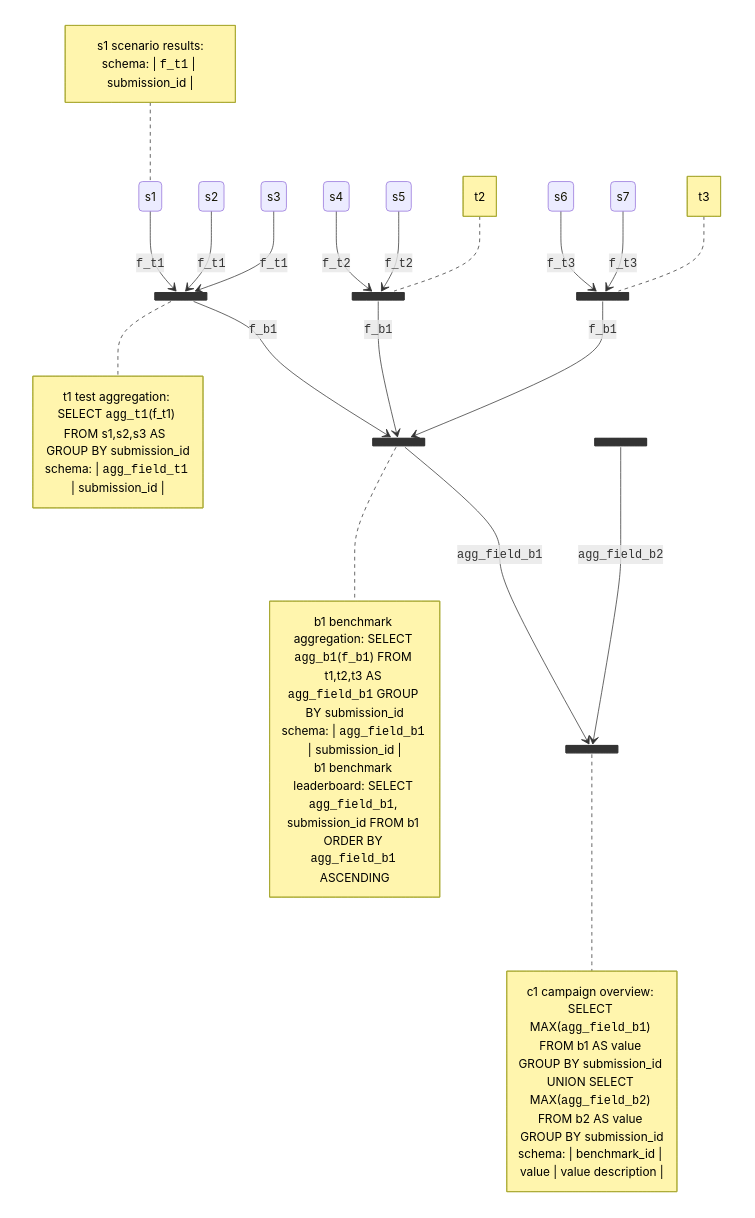
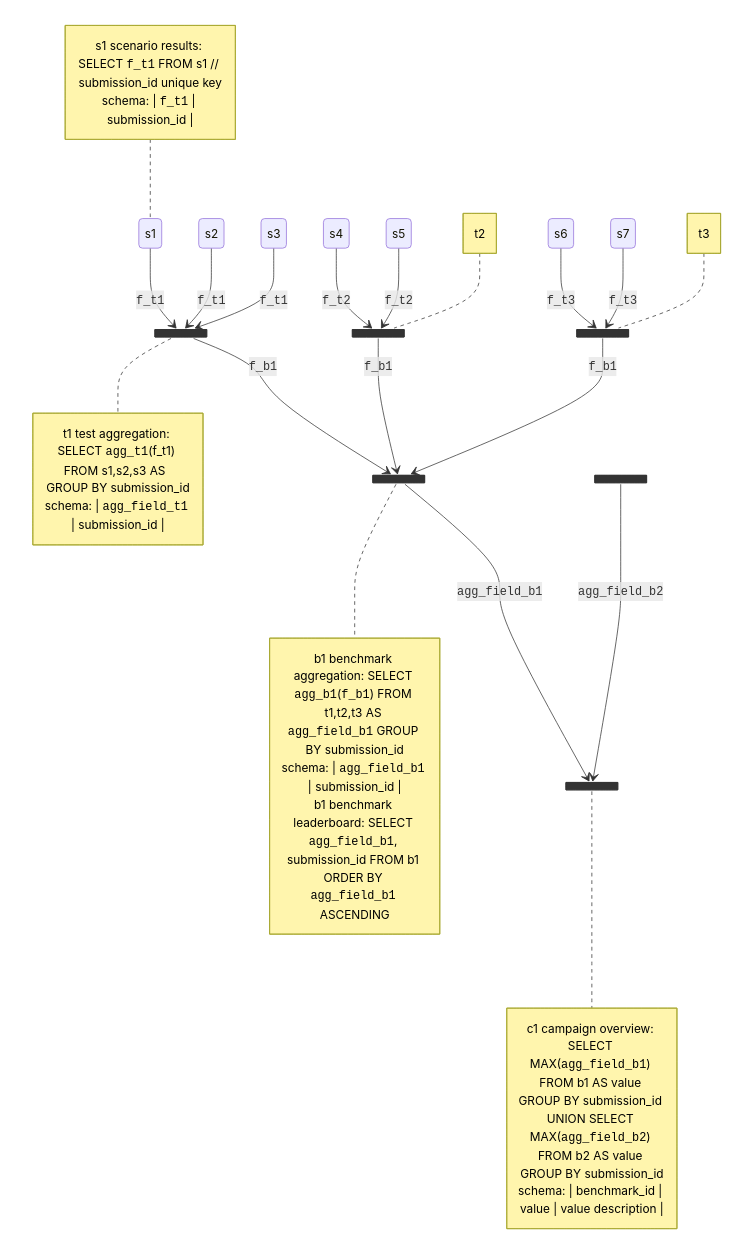
Before and after one commit to flatland-association/flatland-benchmarks: the second of 9 diagrams in docs/ARCHITECTURE.md, drawn with Mermaid.

Commit message:
Improved pseudo-SQL view.

````diff
--- a/docs/ARCHITECTURE.md
+++ b/docs/ARCHITECTURE.md
@@ -408,44 +408,44 @@
 ```mermaid
 stateDiagram-v2
   state t1 <<join>>
   state t2 <<join>>
   state t3 <<join>>
   state b1 <<join>>
   state b2 <<join>>
   state c1 <<join>>
   s1 --> t1: <code>f_t1</code>
   note left of s1
-    s1 scenario results:
+    s1 scenario results: SELECT <code>f_t1</code> FROM s1 // submission_id unique key
     schema: | <code>f_t1</code> | submission_id |
   end note
   s2 --> t1: <code>f_t1</code>
   s3 --> t1: <code>f_t1</code>
   s4 --> t2: <code>f_t2</code>
   s5 --> t2: <code>f_t2</code>
   s6 --> t3: <code>f_t3</code>
   s7 --> t3: <code>f_t3</code>
   t1 --> b1: <code>f_b1</code>
   t2 --> b1: <code>f_b1</code>
   t3 --> b1: <code>f_b1</code>
   note right of t1
     t1 test aggregation: SELECT <code>agg_t1</code>(f_t1) FROM s1,s2,s3 AS <agg_field_t1> GROUP BY submission_id
     schema: | <code>agg_field_t1</code> | submission_id |
   end note
   note left of t2
     t2
   end note
   note left of t3
     t3
   end note
   note right of b1
     b1 benchmark aggregation: SELECT <code>agg_b1</code>(<code>f_b1</code>) FROM t1,t2,t3 AS <code>agg_field_b1</code> GROUP BY submission_id
     schema: | <code>agg_field_b1</code> | submission_id |
     b1 benchmark leaderboard: SELECT <code>agg_field_b1</code>, submission_id FROM b1 ORDER BY <code>agg_field_b1</code> ASCENDING
   end note
   b1 --> c1: <code>agg_field_b1</code>
   b2 --> c1: <code>agg_field_b2</code>
   note right of c1
     c1 campaign overview: SELECT MAX(<code>agg_field_b1</code>) FROM b1 AS value GROUP BY submission_id UNION SELECT MAX(<code>agg_field_b2</code>) FROM b2 AS value GROUP BY submission_id
     schema: | benchmark_id | value | value description |
   end note
 ```
````
